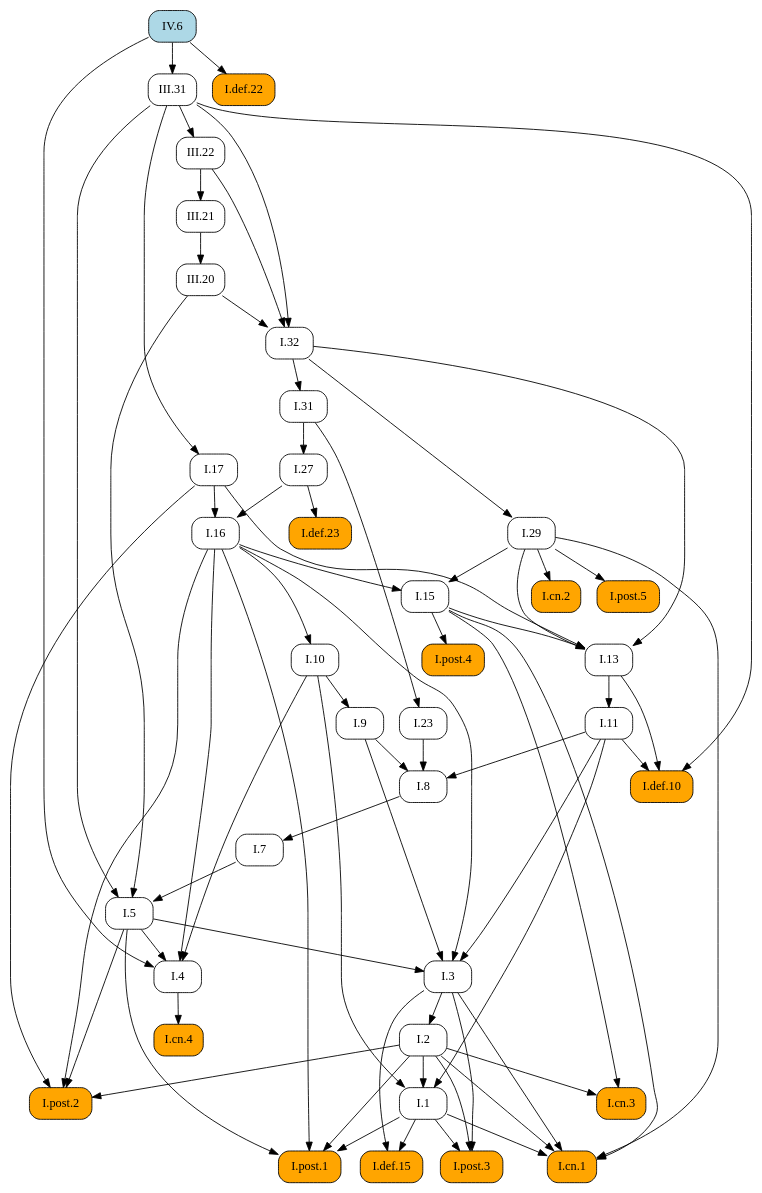
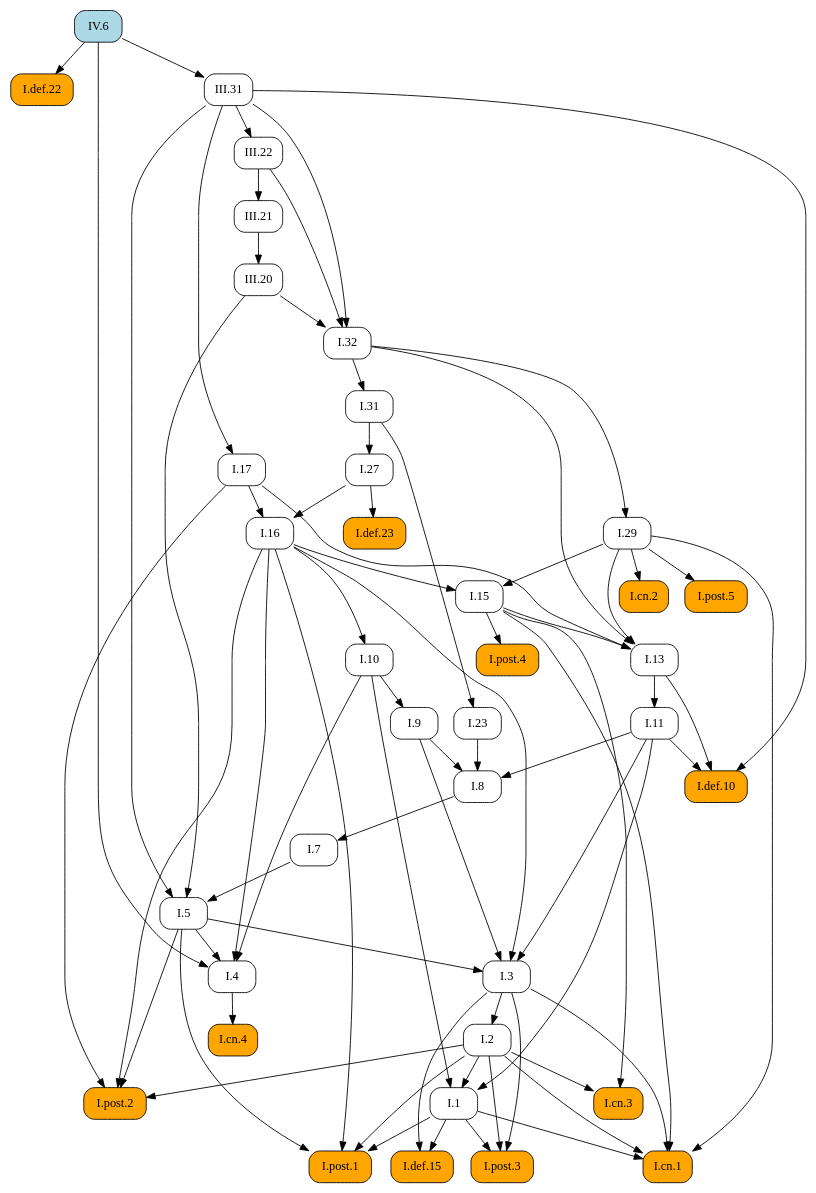
The diagram in docsrc/heath/IV/6/index.rst (geometor/elements), drawn with Graphviz before and after one commit. The commit also changed other lines of this file and 484 other files, not shown here.

```diff
--- a/docsrc/heath/IV/6/index.rst
+++ b/docsrc/heath/IV/6/index.rst
@@ -63,112 +63,112 @@
    digraph {
      rankdir="TB";
      node [shape=box, style=rounded];
-     "I.def.10" [style="rounded,filled", fillcolor=orange, URL="/heath/I/def.10/", target="_top"];
-     "I.11" [URL="/heath/I/11/", target="_top"];
-     "I.post.4" [style="rounded,filled", fillcolor=orange, URL="/heath/I/post.4/", target="_top"];
-     "I.1" [URL="/heath/I/1/", target="_top"];
-     "I.29" [URL="/heath/I/29/", target="_top"];
-     "III.20" [URL="/heath/III/20/", target="_top"];
-     "I.cn.2" [style="rounded,filled", fillcolor=orange, URL="/heath/I/cn.2/", target="_top"];
-     "III.31" [URL="/heath/III/31/", target="_top"];
+     "I.23" [URL="/heath/I/23/", target="_top"];
+     "I.9" [URL="/heath/I/9/", target="_top"];
+     "I.32" [URL="/heath/I/32/", target="_top"];
      "I.def.15" [style="rounded,filled", fillcolor=orange, URL="/heath/I/def.15/", target="_top"];
      "I.post.3" [style="rounded,filled", fillcolor=orange, URL="/heath/I/post.3/", target="_top"];
+     "I.post.1" [style="rounded,filled", fillcolor=orange, URL="/heath/I/post.1/", target="_top"];
+     "III.20" [URL="/heath/III/20/", target="_top"];
+     "I.31" [URL="/heath/I/31/", target="_top"];
+     "III.22" [URL="/heath/III/22/", target="_top"];
+     "I.def.10" [style="rounded,filled", fillcolor=orange, URL="/heath/I/def.10/", target="_top"];
      "I.def.22" [style="rounded,filled", fillcolor=orange, URL="/heath/I/def.22/", target="_top"];
+     "I.27" [URL="/heath/I/27/", target="_top"];
+     "IV.6" [style="rounded,filled", fillcolor=lightblue, URL="/heath/IV/6/", target="_top"];
+     "I.3" [URL="/heath/I/3/", target="_top"];
      "I.cn.1" [style="rounded,filled", fillcolor=orange, URL="/heath/I/cn.1/", target="_top"];
+     "I.7" [URL="/heath/I/7/", target="_top"];
+     "I.2" [URL="/heath/I/2/", target="_top"];
+     "I.13" [URL="/heath/I/13/", target="_top"];
+     "I.post.4" [style="rounded,filled", fillcolor=orange, URL="/heath/I/post.4/", target="_top"];
+     "I.4" [URL="/heath/I/4/", target="_top"];
+     "I.1" [URL="/heath/I/1/", target="_top"];
+     "I.5" [URL="/heath/I/5/", target="_top"];
+     "I.17" [URL="/heath/I/17/", target="_top"];
+     "I.8" [URL="/heath/I/8/", target="_top"];
+     "I.29" [URL="/heath/I/29/", target="_top"];
      "I.cn.3" [style="rounded,filled", fillcolor=orange, URL="/heath/I/cn.3/", target="_top"];
-     "I.23" [URL="/heath/I/23/", target="_top"];
-     "I.post.1" [style="rounded,filled", fillcolor=orange, URL="/heath/I/post.1/", target="_top"];
-     "IV.6" [style="rounded,filled", fillcolor=lightblue, URL="/heath/IV/6/", target="_top"];
-     "I.27" [URL="/heath/I/27/", target="_top"];
-     "I.7" [URL="/heath/I/7/", target="_top"];
-     "I.3" [URL="/heath/I/3/", target="_top"];
-     "I.2" [URL="/heath/I/2/", target="_top"];
-     "I.4" [URL="/heath/I/4/", target="_top"];
+     "I.16" [URL="/heath/I/16/", target="_top"];
+     "III.31" [URL="/heath/III/31/", target="_top"];
+     "I.15" [URL="/heath/I/15/", target="_top"];
+     "I.10" [URL="/heath/I/10/", target="_top"];
+     "I.11" [URL="/heath/I/11/", target="_top"];
      "I.def.23" [style="rounded,filled", fillcolor=orange, URL="/heath/I/def.23/", target="_top"];
-     "I.13" [URL="/heath/I/13/", target="_top"];
-     "I.17" [URL="/heath/I/17/", target="_top"];
+     "I.cn.2" [style="rounded,filled", fillcolor=orange, URL="/heath/I/cn.2/", target="_top"];
+     "I.post.5" [style="rounded,filled", fillcolor=orange, URL="/heath/I/post.5/", target="_top"];
+     "I.cn.4" [style="rounded,filled", fillcolor=orange, URL="/heath/I/cn.4/", target="_top"];
+     "III.21" [URL="/heath/III/21/", target="_top"];
      "I.post.2" [style="rounded,filled", fillcolor=orange, URL="/heath/I/post.2/", target="_top"];
-     "I.31" [URL="/heath/I/31/", target="_top"];
-     "I.16" [URL="/heath/I/16/", target="_top"];
-     "I.9" [URL="/heath/I/9/", target="_top"];
-     "I.32" [URL="/heath/I/32/", target="_top"];
-     "I.8" [URL="/heath/I/8/", target="_top"];
-     "I.cn.4" [style="rounded,filled", fillcolor=orange, URL="/heath/I/cn.4/", target="_top"];
-     "I.15" [URL="/heath/I/15/", target="_top"];
-     "III.21" [URL="/heath/III/21/", target="_top"];
-     "III.22" [URL="/heath/III/22/", target="_top"];
-     "I.post.5" [style="rounded,filled", fillcolor=orange, URL="/heath/I/post.5/", target="_top"];
-     "I.10" [URL="/heath/I/10/", target="_top"];
-     "I.5" [URL="/heath/I/5/", target="_top"];
-     "I.11" -> "I.def.10";
-     "I.13" -> "I.def.10";
-     "III.31" -> "I.def.10";
-     "I.13" -> "I.11";
-     "I.15" -> "I.post.4";
-     "I.2" -> "I.1";
-     "I.10" -> "I.1";
-     "I.11" -> "I.1";
-     "I.32" -> "I.29";
-     "III.21" -> "III.20";
-     "I.29" -> "I.cn.2";
-     "IV.6" -> "III.31";
+     "I.31" -> "I.23";
+     "I.10" -> "I.9";
+     "III.20" -> "I.32";
+     "III.22" -> "I.32";
+     "III.31" -> "I.32";
      "I.1" -> "I.def.15";
      "I.3" -> "I.def.15";
      "I.1" -> "I.post.3";
      "I.2" -> "I.post.3";
      "I.3" -> "I.post.3";
+     "I.1" -> "I.post.1";
+     "I.2" -> "I.post.1";
+     "I.5" -> "I.post.1";
+     "I.16" -> "I.post.1";
+     "III.21" -> "III.20";
+     "I.32" -> "I.31";
+     "III.31" -> "III.22";
+     "I.11" -> "I.def.10";
+     "I.13" -> "I.def.10";
+     "III.31" -> "I.def.10";
      "IV.6" -> "I.def.22";
+     "I.31" -> "I.27";
+     "I.5" -> "I.3";
+     "I.9" -> "I.3";
+     "I.11" -> "I.3";
+     "I.16" -> "I.3";
      "I.1" -> "I.cn.1";
      "I.2" -> "I.cn.1";
      "I.3" -> "I.cn.1";
      "I.15" -> "I.cn.1";
      "I.29" -> "I.cn.1";
-     "I.2" -> "I.cn.3";
-     "I.15" -> "I.cn.3";
-     "I.31" -> "I.23";
-     "I.1" -> "I.post.1";
-     "I.2" -> "I.post.1";
-     "I.5" -> "I.post.1";
-     "I.16" -> "I.post.1";
-     "I.31" -> "I.27";
      "I.8" -> "I.7";
-     "I.5" -> "I.3";
-     "I.9" -> "I.3";
-     "I.11" -> "I.3";
-     "I.16" -> "I.3";
      "I.3" -> "I.2";
+     "I.15" -> "I.13";
+     "I.17" -> "I.13";
+     "I.29" -> "I.13";
+     "I.32" -> "I.13";
+     "I.15" -> "I.post.4";
      "I.5" -> "I.4";
      "I.10" -> "I.4";
      "I.16" -> "I.4";
      "IV.6" -> "I.4";
+     "I.2" -> "I.1";
+     "I.10" -> "I.1";
+     "I.11" -> "I.1";
+     "I.7" -> "I.5";
+     "III.20" -> "I.5";
+     "III.31" -> "I.5";
+     "III.31" -> "I.17";
+     "I.9" -> "I.8";
+     "I.11" -> "I.8";
+     "I.23" -> "I.8";
+     "I.32" -> "I.29";
+     "I.2" -> "I.cn.3";
+     "I.15" -> "I.cn.3";
+     "I.17" -> "I.16";
+     "I.27" -> "I.16";
+     "IV.6" -> "III.31";
+     "I.16" -> "I.15";
+     "I.29" -> "I.15";
+     "I.16" -> "I.10";
+     "I.13" -> "I.11";
      "I.27" -> "I.def.23";
-     "I.15" -> "I.13";
-     "I.17" -> "I.13";
-     "I.29" -> "I.13";
-     "I.32" -> "I.13";
-     "III.31" -> "I.17";
+     "I.29" -> "I.cn.2";
+     "I.29" -> "I.post.5";
+     "I.4" -> "I.cn.4";
+     "III.22" -> "III.21";
      "I.2" -> "I.post.2";
      "I.5" -> "I.post.2";
      "I.16" -> "I.post.2";
      "I.17" -> "I.post.2";
-     "I.32" -> "I.31";
-     "I.17" -> "I.16";
-     "I.27" -> "I.16";
-     "I.10" -> "I.9";
-     "III.20" -> "I.32";
-     "III.22" -> "I.32";
-     "III.31" -> "I.32";
-     "I.9" -> "I.8";
-     "I.11" -> "I.8";
-     "I.23" -> "I.8";
-     "I.4" -> "I.cn.4";
-     "I.16" -> "I.15";
-     "I.29" -> "I.15";
-     "III.22" -> "III.21";
-     "III.31" -> "III.22";
-     "I.29" -> "I.post.5";
-     "I.16" -> "I.10";
-     "I.7" -> "I.5";
-     "III.20" -> "I.5";
-     "III.31" -> "I.5";
    }
```
